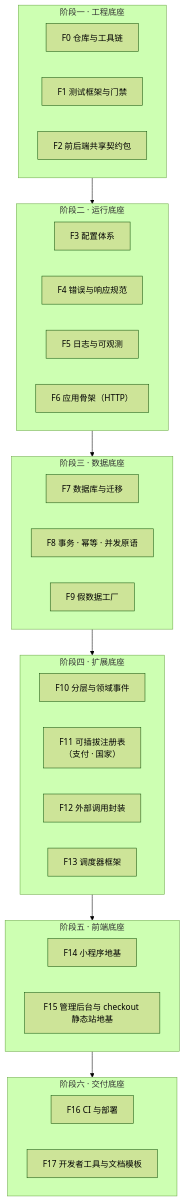
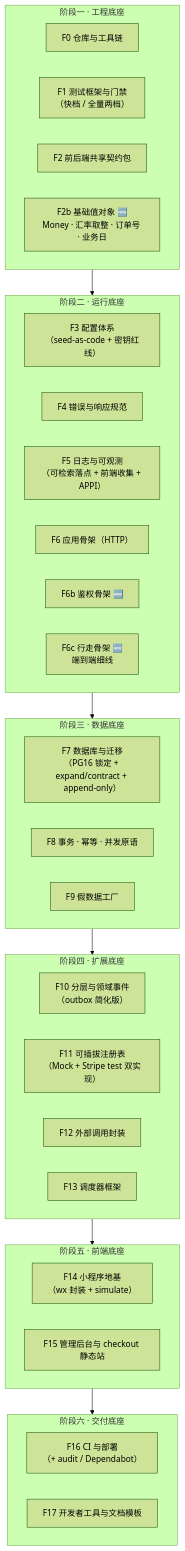
One commit to NEILXIANG/WaSelect changed the first of 2 diagrams in docs/地基搭建清单.md. Above: the diagram before and after it, drawn with Mermaid (forest theme). The commit also changed other lines of this file and 6 other files, not shown here.

Commit message:
docs: 地基清单 v1.2——外部评审 15 条裁决采纳（新增 F2b 值对象/F6b 鉴权/F6c 行走骨架 + §1.1 外部验证并行泳道；F11 加 Stripe test 第二实现；F5 日志三补丁；F7 PG16 锁定+expand/contract+append-only；F14 wx 封装+simulate；门禁两档；工期 12-18 天）；测试策略加 fast 档与三条必测；日志文档补可检索落点/前端错误收集/APPI

````diff
--- a/docs/地基搭建清单.md
+++ b/docs/地基搭建清单.md
@@ -21,34 +27,37 @@
 ```mermaid
 flowchart TB
   subgraph S1["阶段一 · 工程底座"]
     F0["F0 仓库与工具链"]
-    F1["F1 测试框架与门禁"]
+    F1["F1 测试框架与门禁<br/>（快档 / 全量两档）"]
     F2["F2 前后端共享契约包"]
+    F2b["F2b 基础值对象 🆕<br/>Money · 汇率取整 · 订单号 · 业务日"]
   end
   subgraph S2["阶段二 · 运行底座"]
-    F3["F3 配置体系"]
+    F3["F3 配置体系<br/>（seed-as-code + 密钥红线）"]
     F4["F4 错误与响应规范"]
-    F5["F5 日志与可观测"]
+    F5["F5 日志与可观测<br/>（可检索落点 + 前端收集 + APPI）"]
     F6["F6 应用骨架（HTTP）"]
+    F6b["F6b 鉴权骨架 🆕"]
+    F6c["F6c 行走骨架 🆕<br/>端到端细线"]
   end
   subgraph S3["阶段三 · 数据底座"]
-    F7["F7 数据库与迁移"]
+    F7["F7 数据库与迁移<br/>（PG16 锁定 + expand/contract + append-only）"]
     F8["F8 事务 · 幂等 · 并发原语"]
     F9["F9 假数据工厂"]
   end
   subgraph S4["阶段四 · 扩展底座"]
-    F10["F10 分层与领域事件"]
-    F11["F11 可插拔注册表<br/>（支付 · 国家）"]
+    F10["F10 分层与领域事件<br/>（outbox 简化版）"]
+    F11["F11 可插拔注册表<br/>（Mock + Stripe test 双实现）"]
     F12["F12 外部调用封装"]
     F13["F13 调度器框架"]
   end
   subgraph S5["阶段五 · 前端底座"]
-    F14["F14 小程序地基"]
-    F15["F15 管理后台与 checkout 静态站地基"]
+    F14["F14 小程序地基<br/>（wx 封装 + simulate）"]
+    F15["F15 管理后台与 checkout 静态站"]
   end
   subgraph S6["阶段六 · 交付底座"]
-    F16["F16 CI 与部署"]
+    F16["F16 CI 与部署<br/>（+ audit / Dependabot）"]
     F17["F17 开发者工具与文档模板"]
   end
   S1 --> S2 --> S3 --> S4 --> S5 --> S6
 ```
````
